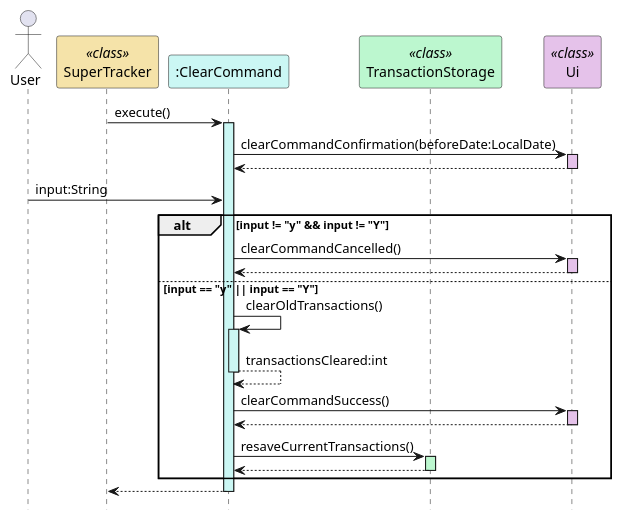
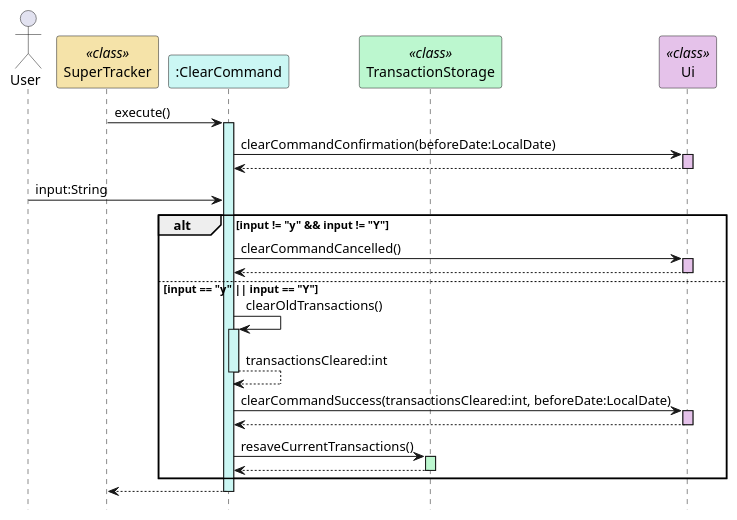
Before and after one commit to rismm/tp: the second of 2 diagrams in docs/uml-diagrams/ClearCommand.puml, drawn with PlantUML. The commit also changed other lines of this file and 3 other files, not shown here.

Commit message:
Add clear command to developer guide

```diff
--- a/docs/uml-diagrams/ClearCommand.puml
+++ b/docs/uml-diagrams/ClearCommand.puml
@@ -53,47 +55,47 @@
 @startuml
 hide footbox
 actor User as User
 participant "SuperTracker" as SuperTracker <<class>> #f5e3a9
 participant ":ClearCommand" as ClearCommand #cbf7f4
 participant "TransactionStorage" as TransactionStorage <<class>> #bcf7cf
 participant "Ui" as Ui <<class>> #e5c2ea
 
 SuperTracker -> ClearCommand : execute()
 activate ClearCommand #cbf7f4
 
 ClearCommand -> Ui : clearCommandConfirmation(beforeDate:LocalDate)
 activate Ui #e5c2ea
 Ui --> ClearCommand
 deactivate Ui
 
 User -> ClearCommand : input:String
 
 alt input != "y" && input != "Y"
 
 ClearCommand -> Ui : clearCommandCancelled()
 activate Ui #e5c2ea
 Ui --> ClearCommand
 deactivate Ui
 
 else input == "y" || input == "Y"
 
 ClearCommand -> ClearCommand : clearOldTransactions()
 activate ClearCommand #cbf7f4
 ClearCommand --> ClearCommand : transactionsCleared:int
 deactivate ClearCommand
 
-ClearCommand -> Ui : clearCommandSuccess()
+ClearCommand -> Ui : clearCommandSuccess(transactionsCleared:int, beforeDate:LocalDate)
 activate Ui #e5c2ea
 Ui --> ClearCommand
 deactivate Ui
 
 ClearCommand -> TransactionStorage : resaveCurrentTransactions()
 activate TransactionStorage #bcf7cf
 TransactionStorage --> ClearCommand
 deactivate TransactionStorage
 
 end
 
 ClearCommand --> SuperTracker
 deactivate ClearCommand
 @enduml
```
